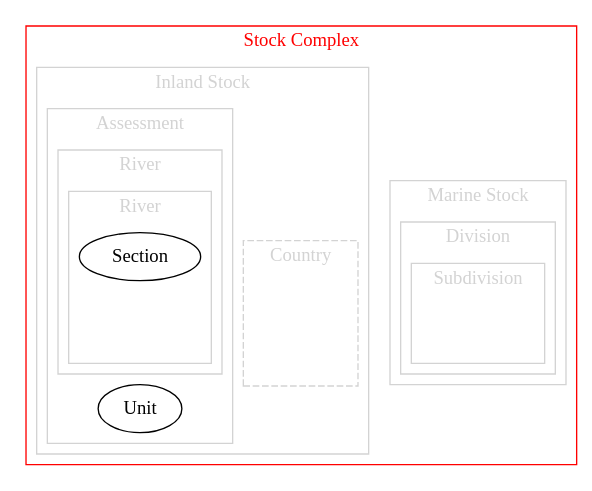
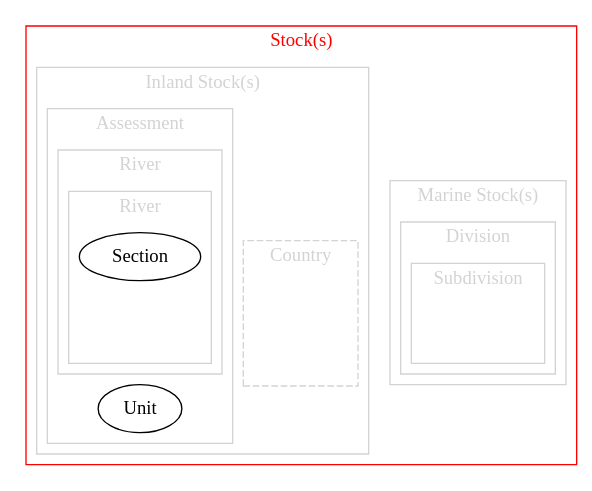
Before and after one commit to DIASPARAproject/WP3_habitat: the first of 20 diagrams in R/generating_graphs.qmd, drawn with Graphviz. The commit also changed other lines of this file and 4 other files, not shown here.

```diff
--- a/R/generating_graphs.qmd
+++ b/R/generating_graphs.qmd
@@ -14,14 +14,14 @@
     rankdir="LR";
 
     subgraph clusterZ {
-      label = "Stock Complex"
+      label = "Stock(s)"
       style=full
       color=red
       fontcolor=red
       center=true
 
       subgraph clusterA {
-        label = "Inland Stock"
+        label = "Inland Stock(s)"
         style=full
         color=lightgray
         fontcolor=lightgray
@@ -68,7 +68,7 @@
       }
 
       subgraph clusterF {
-      label = "Marine Stock"
+      label = "Marine Stock(s)"
       style=full
       color=lightgray
       fontcolor=lightgray
```
